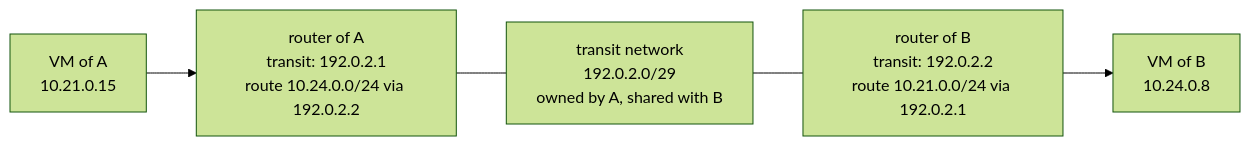
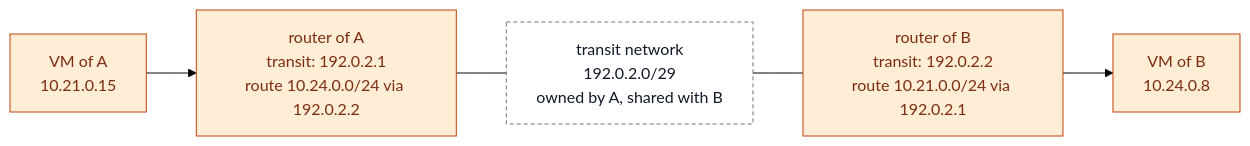
Before and after one commit to CyprisTech/openstack-multitenant-reference: the diagram in docs/concepts/connecting-tenants.md, drawn with Mermaid (forest theme). The commit also changed 17 other files, not shown here.

First line of the commit message:
Diagrams: tenants by exposure, one palette by role, compact diagrams

````diff
--- a/docs/concepts/connecting-tenants.md
+++ b/docs/concepts/connecting-tenants.md
@@ -15,7 +15,12 @@
 ```mermaid
 flowchart LR
     VA["VM of A<br/>10.21.0.15"] --> RA["router of A<br/>transit: 192.0.2.1<br/>route 10.24.0.0/24 via 192.0.2.2"]
     RA --- T["transit network<br/>192.0.2.0/29<br/>owned by A, shared with B"]
     T --- RB["router of B<br/>transit: 192.0.2.2<br/>route 10.21.0.0/24 via 192.0.2.1"]
     RB --> VB["VM of B<br/>10.24.0.8"]
+
+    classDef tenant fill:#ffedd5,stroke:#c2410c,color:#7c2d12
+    classDef other fill:#ffffff,stroke:#6b7280,color:#111827,stroke-dasharray:4 3
+    class VA,RA,RB,VB tenant
+    class T other
 ```
````
